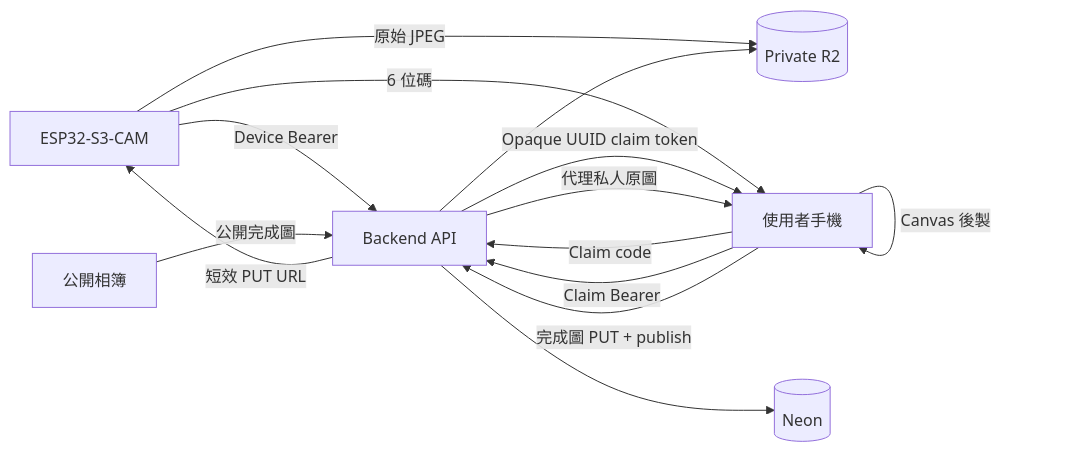
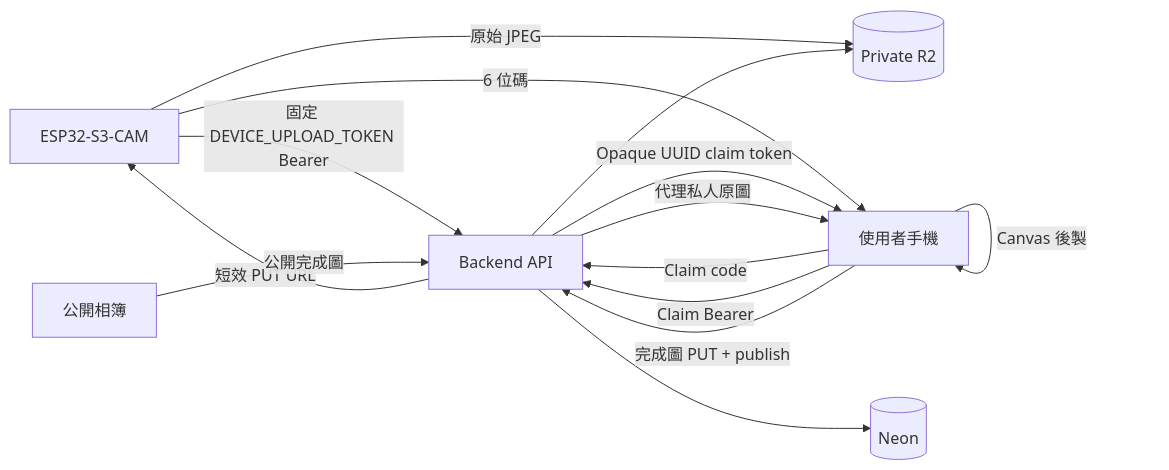
Before and after one commit to fengyenchia/tiger-camera: the diagram in docs/software.md, drawn with Mermaid. The commit also changed other lines of this file and 31 other files, not shown here.

First line of the commit message:
Refactor device authentication to use fixed DEVICE_UPLOAD_TOKEN

````diff
--- a/docs/software.md
+++ b/docs/software.md
@@ -9,16 +9,16 @@
 ```mermaid
 flowchart LR
-    C[ESP32-S3-CAM] -->|Device Bearer| A[Backend API]
+    C[ESP32-S3-CAM] -->|固定 DEVICE_UPLOAD_TOKEN Bearer| A[Backend API]
     A -->|短效 PUT URL| C
     C -->|原始 JPEG| R[(Private R2)]
     C -->|6 位碼| U[使用者手機]
     U -->|Claim code| A
     A -->|Opaque UUID claim token| U
     U -->|Claim Bearer| A
     A -->|代理私人原圖| U
     U -->|Canvas 後製| U
     U -->|完成圖 PUT + publish| A
     A --> D[(Neon)]
     A --> R
     G[公開相簿] -->|公開完成圖| A
 ```
````
